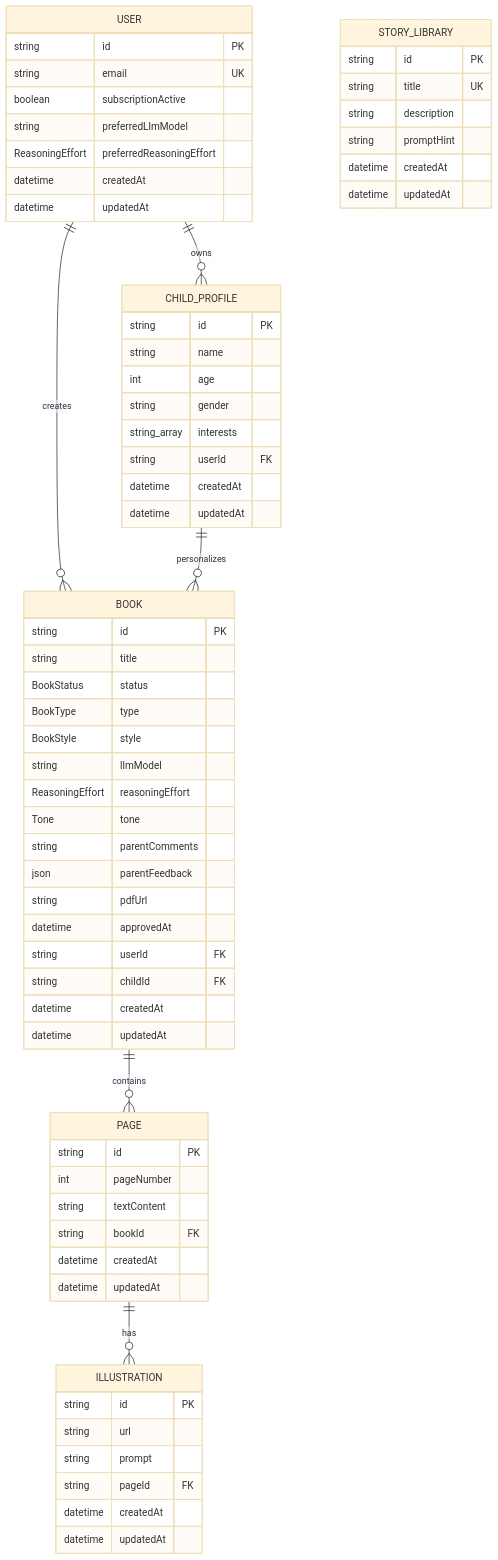
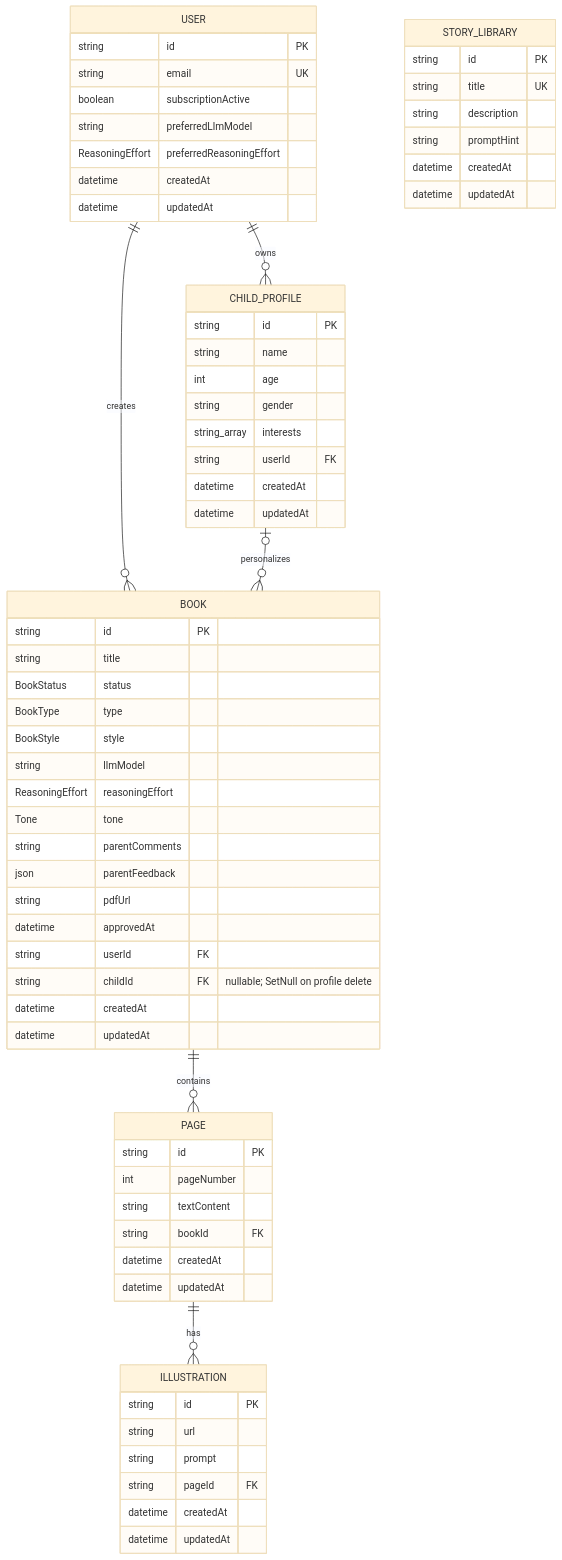
The third of 3 diagrams in docs/architecture/project-directories.mmd.md (frontsideman/aibook), drawn with Mermaid (base theme) before and after one commit. The commit also changed other lines of this file and 17 other files, not shown here.

````diff
--- a/docs/architecture/project-directories.mmd.md
+++ b/docs/architecture/project-directories.mmd.md
@@ -191,75 +172,75 @@
 ```mermaid
 erDiagram
     USER ||--o{ CHILD_PROFILE : owns
     USER ||--o{ BOOK : creates
-    CHILD_PROFILE ||--o{ BOOK : personalizes
+    CHILD_PROFILE |o--o{ BOOK : personalizes
     BOOK ||--o{ PAGE : contains
     PAGE ||--o{ ILLUSTRATION : has
 
     USER {
         string id PK
         string email UK
         boolean subscriptionActive
         string preferredLlmModel
         ReasoningEffort preferredReasoningEffort
         datetime createdAt
         datetime updatedAt
     }
 
     CHILD_PROFILE {
         string id PK
         string name
         int age
         string gender
         string_array interests
         string userId FK
         datetime createdAt
         datetime updatedAt
     }
 
     BOOK {
         string id PK
         string title
         BookStatus status
         BookType type
         BookStyle style
         string llmModel
         ReasoningEffort reasoningEffort
         Tone tone
         string parentComments
         json parentFeedback
         string pdfUrl
         datetime approvedAt
         string userId FK
-        string childId FK
+        string childId FK "nullable; SetNull on profile delete"
         datetime createdAt
         datetime updatedAt
     }
 
     PAGE {
         string id PK
         int pageNumber
         string textContent
         string bookId FK
         datetime createdAt
         datetime updatedAt
     }
 
     ILLUSTRATION {
         string id PK
         string url
         string prompt
         string pageId FK
         datetime createdAt
         datetime updatedAt
     }
 
     STORY_LIBRARY {
         string id PK
         string title UK
         string description
         string promptHint
         datetime createdAt
         datetime updatedAt
     }
 ```
````
